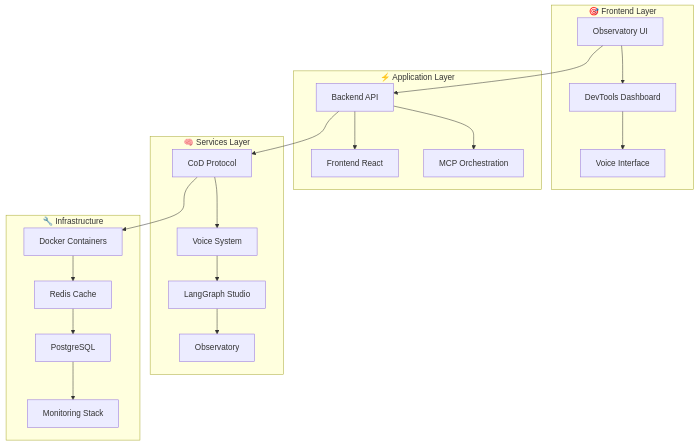
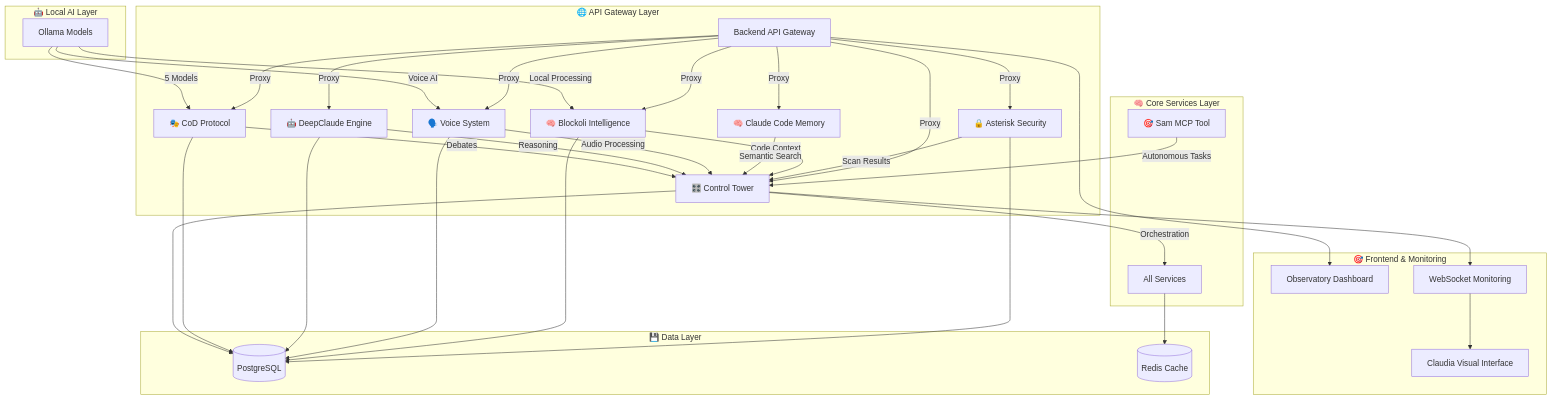
Before and after one commit to fmfg03/ultramcp: the diagram in README.md, drawn with Mermaid. The commit also changed other lines of this file and 18 other files, not shown here.

First line of the commit message:
🧠 Complete Claude Code Memory + Sam MCP Tool Integration

````diff
--- a/README.md
+++ b/README.md
@@ -27,28 +33,52 @@
 ```mermaid
 graph TB
-    subgraph "🎯 Frontend Layer"
-        A[Observatory UI] --> B[DevTools Dashboard]
-        B --> C[Voice Interface]
+    subgraph "🌐 API Gateway Layer"
+        API[Backend API Gateway]
+        API --> |Proxy| SEC[Security Service]
+        API --> |Proxy| BLK[Blockoli Service]
+        API --> |Proxy| VCE[Voice Service]
+        API --> |Proxy| DCP[DeepClaude Service]
+        API --> |Proxy| MEM[Claude Memory Service]
+        API --> |Proxy| COD[CoD Service]
+        API --> |Proxy| CTL[Control Tower]
     end
     
-    subgraph "⚡ Application Layer"
-        D[Backend API] --> E[Frontend React]
-        D --> F[MCP Orchestration]
+    subgraph "🧠 Core Services Layer"
+        SEC[🔒 Asterisk Security] --> |Scan Results| CTL
+        BLK[🧠 Blockoli Intelligence] --> |Code Context| CTL
+        MEM[🧠 Claude Code Memory] --> |Semantic Search| CTL
+        VCE[🗣️ Voice System] --> |Audio Processing| CTL
+        DCP[🤖 DeepClaude Engine] --> |Reasoning| CTL
+        COD[🎭 CoD Protocol] --> |Debates| CTL
+        SAM[🎯 Sam MCP Tool] --> |Autonomous Tasks| CTL
+        CTL[🎛️ Control Tower] --> |Orchestration| ALL[All Services]
     end
     
-    subgraph "🧠 Services Layer"
-        G[CoD Protocol] --> H[Voice System]
-        H --> I[LangGraph Studio]
-        I --> J[Observatory]
+    subgraph "💾 Data Layer"
+        DB[(PostgreSQL)]
+        REDIS[(Redis Cache)]
+        SEC --> DB
+        BLK --> DB
+        VCE --> DB
+        DCP --> DB
+        COD --> DB
+        CTL --> DB
+        ALL --> REDIS
     end
     
-    subgraph "🔧 Infrastructure"
-        K[Docker Containers] --> L[Redis Cache]
-        L --> M[PostgreSQL]
-        M --> N[Monitoring Stack]
+    subgraph "🤖 Local AI Layer"
+        OLL[Ollama Models]
+        OLL --> |5 Models| COD
+        OLL --> |Local Processing| BLK
+        OLL --> |Voice AI| VCE
     end
     
-    A --> D
-    D --> G
-    G --> K
+    subgraph "🎯 Frontend & Monitoring"
+        DASH[Observatory Dashboard]
+        CLAUD[Claudia Visual Interface]
+        WS[WebSocket Monitoring]
+        API --> DASH
+        CTL --> WS
+        WS --> CLAUD
+    end
 ```
````
